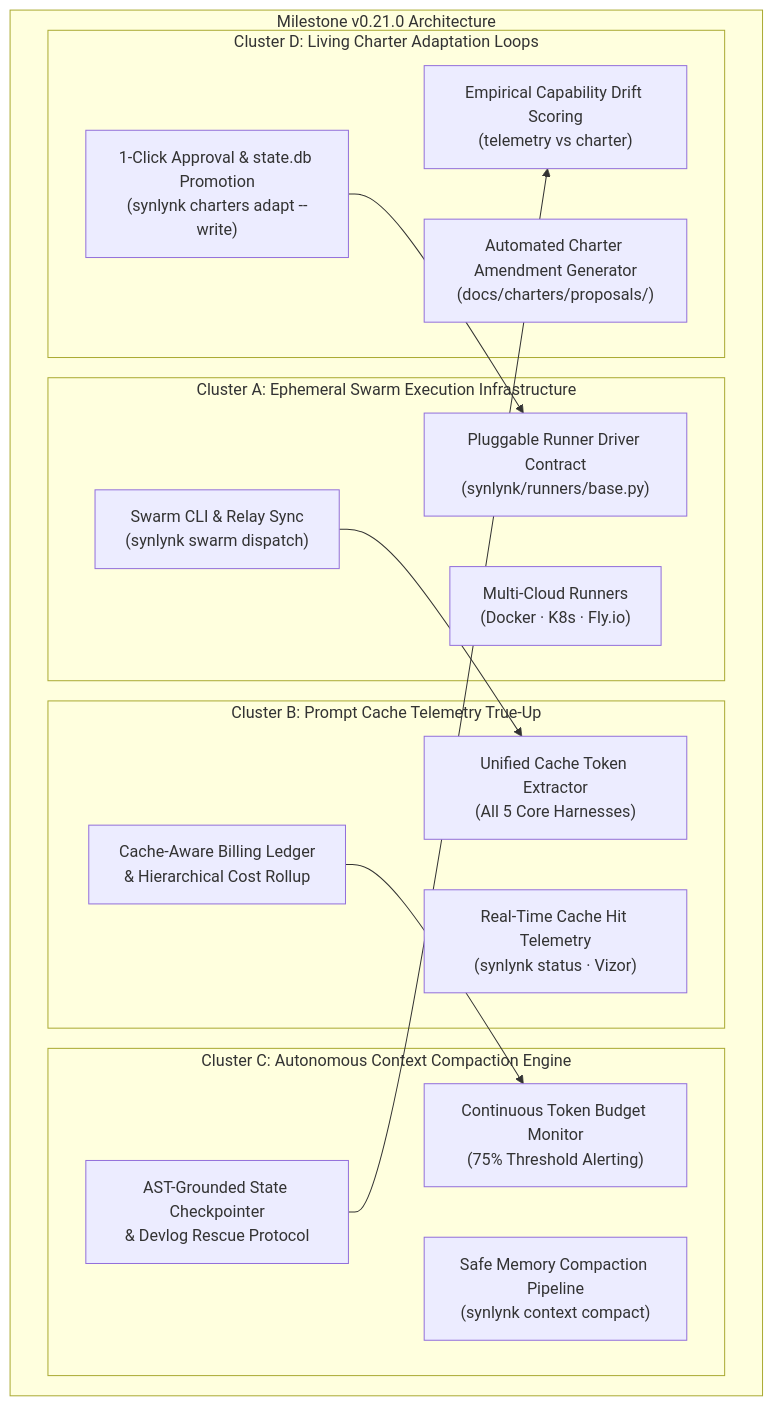
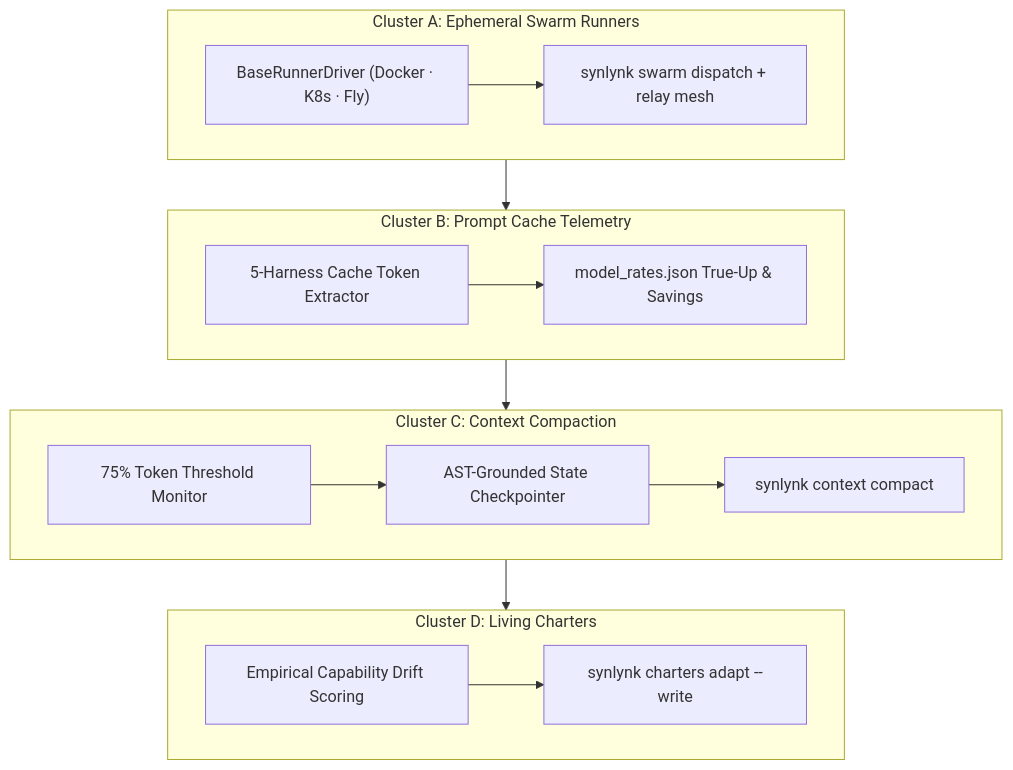
Before and after one commit to nikhilsoman/synlynk: the diagram in docs/superpowers/specs/2026-09-12-v0.21.0-swarm-engine-and-context-compaction-design.md, drawn with Mermaid. The commit also changed 1 other file, not shown here.

Commit message:
docs: enforce <= 180 col diagram constraint with vertical flowchart in v0.21.0 spec

````diff
--- a/docs/superpowers/specs/2026-09-12-v0.21.0-swarm-engine-and-context-compaction-design.md
+++ b/docs/superpowers/specs/2026-09-12-v0.21.0-swarm-engine-and-context-compaction-design.md
@@ -26,33 +26,29 @@
 ```mermaid
-graph TD
-    subgraph "Milestone v0.21.0 Architecture"
-        subgraph "Cluster A: Ephemeral Swarm Execution Infrastructure"
-            S1["Pluggable Runner Driver Contract<br>(synlynk/runners/base.py)"]
-            S2["Multi-Cloud Runners<br>(Docker · K8s · Fly.io)"]
-            S3["Swarm CLI & Relay Sync<br>(synlynk swarm dispatch)"]
-        end
-
-        subgraph "Cluster B: Prompt Cache Telemetry True-Up"
-            C1["Unified Cache Token Extractor<br>(All 5 Core Harnesses)"]
-            C2["Cache-Aware Billing Ledger<br>& Hierarchical Cost Rollup"]
-            C3["Real-Time Cache Hit Telemetry<br>(synlynk status · Vizor)"]
-        end
-
-        subgraph "Cluster C: Autonomous Context Compaction Engine"
-            M1["Continuous Token Budget Monitor<br>(75% Threshold Alerting)"]
-            M2["AST-Grounded State Checkpointer<br>& Devlog Rescue Protocol"]
-            M3["Safe Memory Compaction Pipeline<br>(synlynk context compact)"]
-        end
-
-        subgraph "Cluster D: Living Charter Adaptation Loops"
-            A1["Empirical Capability Drift Scoring<br>(telemetry vs charter)"]
-            A2["Automated Charter Amendment Generator<br>(docs/charters/proposals/)"]
-            A3["1-Click Approval & state.db Promotion<br>(synlynk charters adapt --write)"]
-        end
+flowchart TD
+    subgraph S1["Cluster A: Ephemeral Swarm Runners"]
+        A1["BaseRunnerDriver (Docker · K8s · Fly)"]
+        A2["synlynk swarm dispatch + relay mesh"]
+        A1 --> A2
     end
 
-    S3 --> C1
-    C2 --> M1
-    M2 --> A1
-    A3 --> S1
+    subgraph S2["Cluster B: Prompt Cache Telemetry"]
+        B1["5-Harness Cache Token Extractor"]
+        B2["model_rates.json True-Up & Savings"]
+        B1 --> B2
+    end
+
+    subgraph S3["Cluster C: Context Compaction"]
+        C1["75% Token Threshold Monitor"]
+        C2["AST-Grounded State Checkpointer"]
+        C3["synlynk context compact"]
+        C1 --> C2 --> C3
+    end
+
+    subgraph S4["Cluster D: Living Charters"]
+        D1["Empirical Capability Drift Scoring"]
+        D2["synlynk charters adapt --write"]
+        D1 --> D2
+    end
+
+    S1 --> S2 --> S3 --> S4
 ```
````
